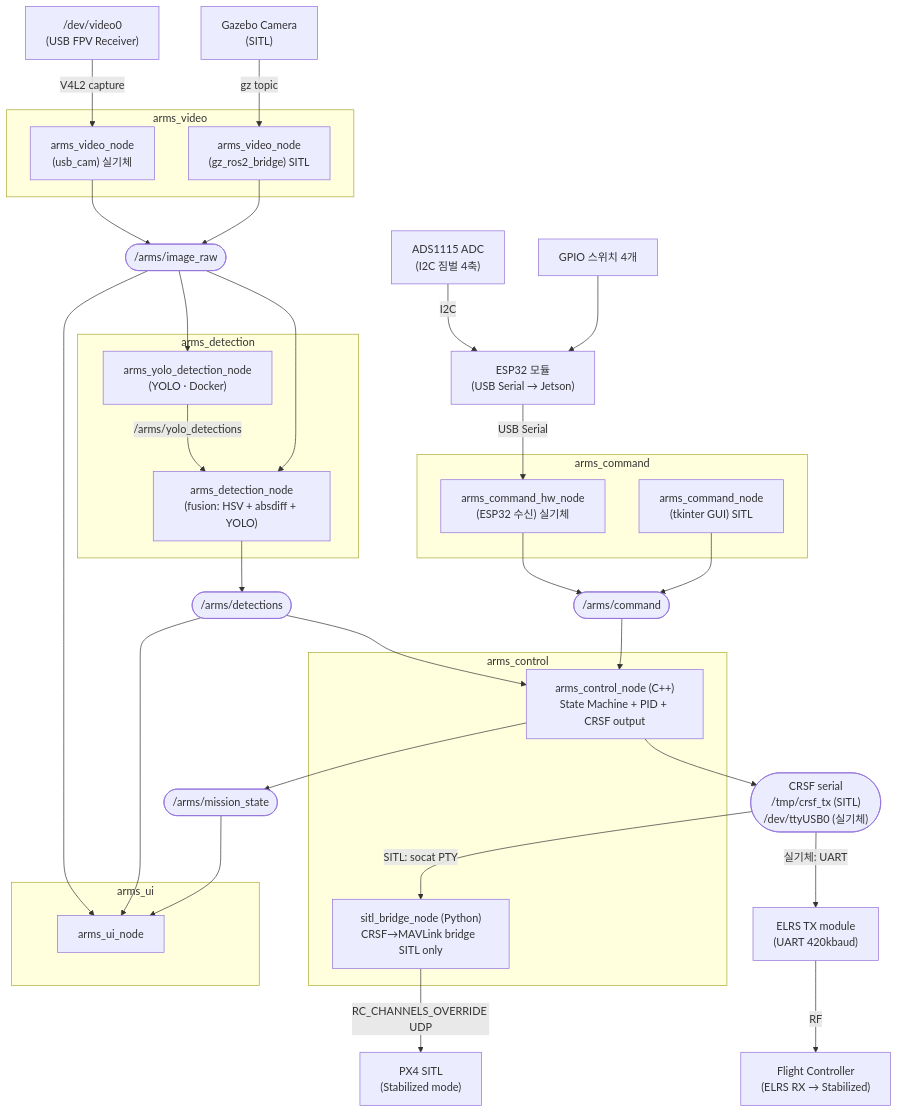
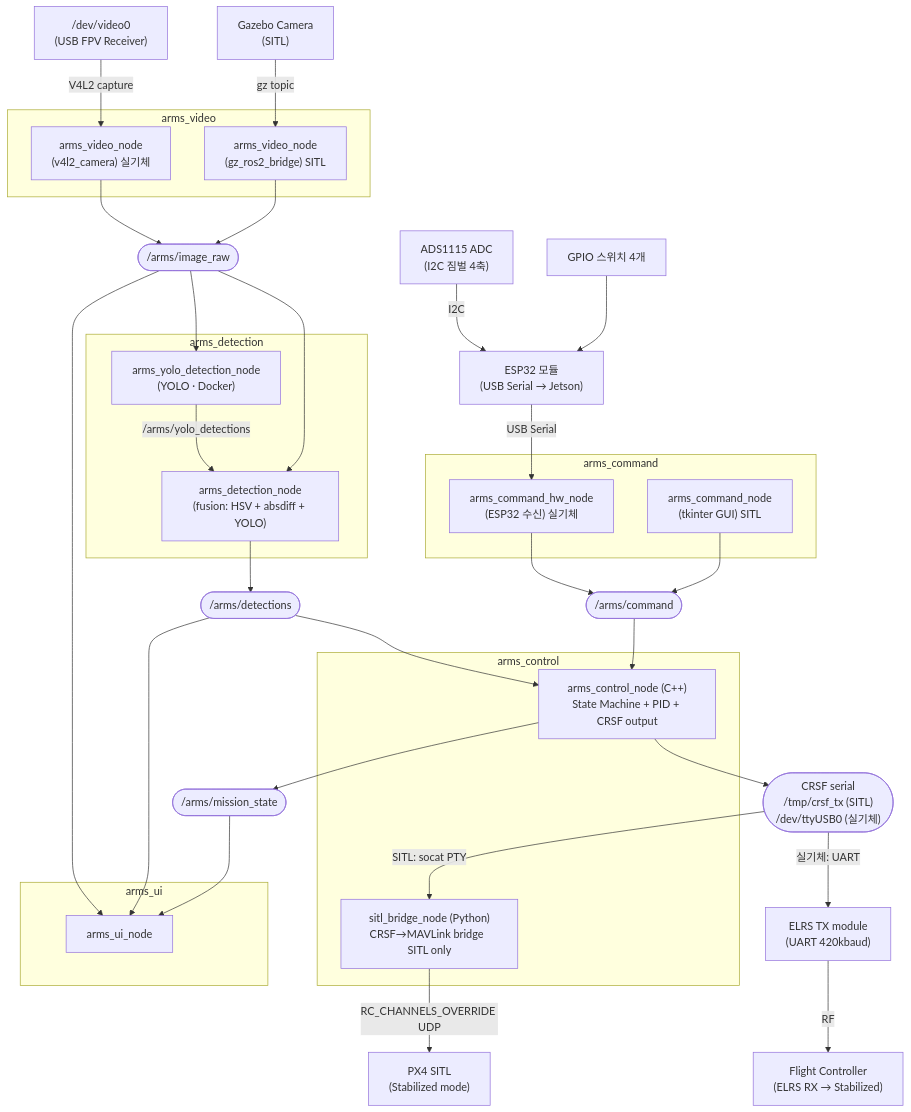
The first of 3 diagrams in SW/docs/DESIGN.md (tokhun2002/A.R.M.S.-Anti-drone-Reusable-Modular-System-), drawn with Mermaid before and after one commit. The commit also changed other lines of this file and 6 other files, not shown here.

````diff
--- a/SW/docs/DESIGN.md
+++ b/SW/docs/DESIGN.md
@@ -64,69 +64,69 @@
 ```mermaid
 graph TD
     GAZEBO["Gazebo Camera<br/>(SITL)"]
     V4L2["/dev/video0<br/>(USB FPV Receiver)"]
 
     subgraph arms_video ["arms_video"]
-        VN_REAL["arms_video_node<br/>(usb_cam) 실기체"]
+        VN_REAL["arms_video_node<br/>(v4l2_camera) 실기체"]
         VN_SITL["arms_video_node<br/>(gz_ros2_bridge) SITL"]
     end
 
     IMAGE(["/arms/image_raw"])
 
     subgraph arms_detection ["arms_detection"]
         DN_YOLO["arms_yolo_detection_node<br/>(YOLO · Docker)"]
         DN_FUSION["arms_detection_node<br/>(fusion: HSV + absdiff + YOLO)"]
         DN_YOLO -->|/arms/yolo_detections| DN_FUSION
     end
 
     subgraph arms_command ["arms_command"]
         CMD_GUI["arms_command_node<br/>(tkinter GUI) SITL"]
         CMD_JOY["arms_command_hw_node<br/>(ESP32 수신) 실기체"]
     end
 
     ADS1115["ADS1115 ADC<br/>(I2C 짐벌 4축)"]
     SWGPIO["GPIO 스위치 4개"]
     ESP32["ESP32 모듈<br/>(USB Serial → Jetson)"]
     JOY(["/arms/command"])
 
     DETECTIONS(["/arms/detections"])
     MISSION_STATE(["/arms/mission_state"])
     CRSF_SERIAL(["CRSF serial<br/>/tmp/crsf_tx (SITL)<br/>/dev/ttyUSB0 (실기체)"])
 
     subgraph arms_control ["arms_control"]
         CN["arms_control_node (C++)<br/>State Machine + PID + CRSF output"]
         BRIDGE["sitl_bridge_node (Python)<br/>CRSF→MAVLink bridge  SITL only"]
     end
 
     subgraph arms_ui ["arms_ui"]
         UN["arms_ui_node"]
     end
 
     FC_SITL["PX4 SITL<br/>(Stabilized mode)"]
     FC_HW["Flight Controller<br/>(ELRS RX → Stabilized)"]
     ELRS_TX["ELRS TX module<br/>(UART 420kbaud)"]
 
     V4L2 -->|V4L2 capture| VN_REAL
     GAZEBO -->|gz topic| VN_SITL
     ADS1115 -->|I2C| ESP32
     SWGPIO --> ESP32
     ESP32 -->|USB Serial| CMD_JOY
     CMD_JOY --> JOY
     CMD_GUI --> JOY
     VN_REAL --> IMAGE
     VN_SITL --> IMAGE
     IMAGE --> DN_YOLO
     IMAGE --> DN_FUSION
     IMAGE --> UN
     DN_FUSION --> DETECTIONS
     DETECTIONS --> CN
     DETECTIONS --> UN
     JOY --> CN
     CN --> MISSION_STATE
     CN --> CRSF_SERIAL
     MISSION_STATE --> UN
     CRSF_SERIAL -->|SITL: socat PTY| BRIDGE
     BRIDGE -->|RC_CHANNELS_OVERRIDE UDP| FC_SITL
     CRSF_SERIAL -->|실기체: UART| ELRS_TX
     ELRS_TX -->|RF| FC_HW
 ```
````
